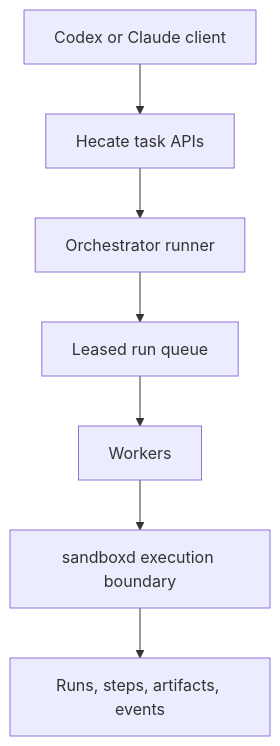
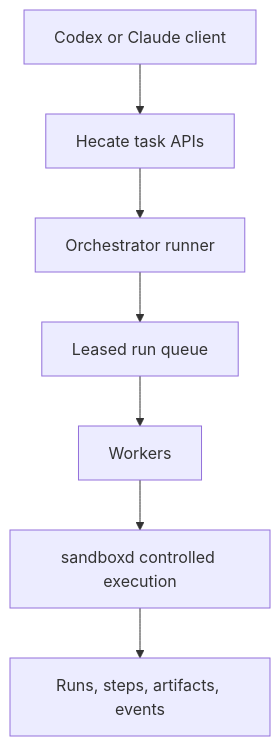
One commit to chicoxyzzy/hecate changed the second of 2 diagrams in docs/client-integration.md. Above: the diagram before and after it, drawn with Mermaid. The commit also changed 11 other files, not shown here.

````diff
--- a/docs/client-integration.md
+++ b/docs/client-integration.md
@@ -99,9 +99,9 @@
 ```mermaid
 flowchart TD
     clientControl["Codex or Claude client"] --> taskApi["Hecate task APIs"];
     taskApi --> runner["Orchestrator runner"];
     runner --> queue["Leased run queue"];
     queue --> workers["Workers"];
-    workers --> sandboxd["sandboxd execution boundary"];
+    workers --> sandboxd["sandboxd controlled execution"];
     sandboxd --> taskState["Runs, steps, artifacts, events"];
 ```
````
